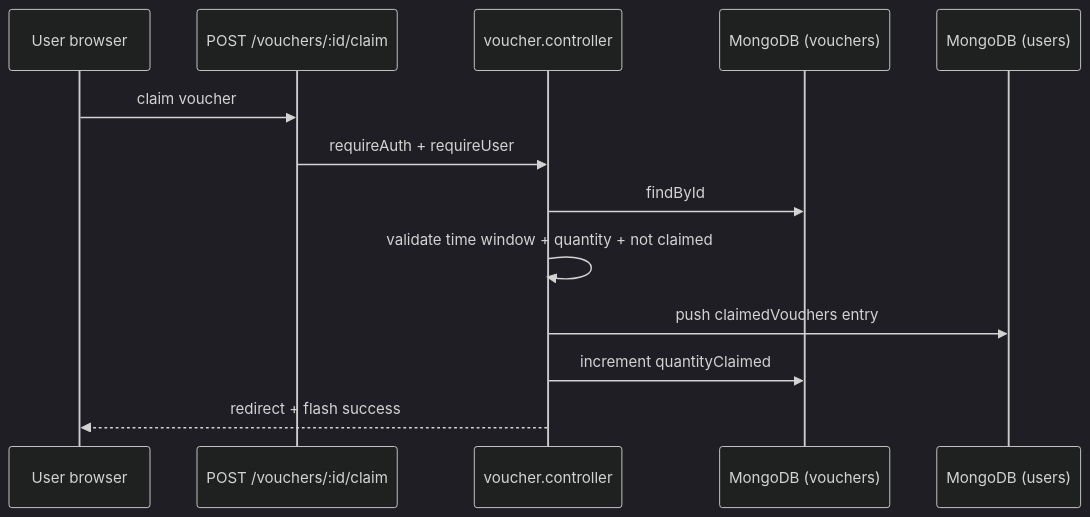
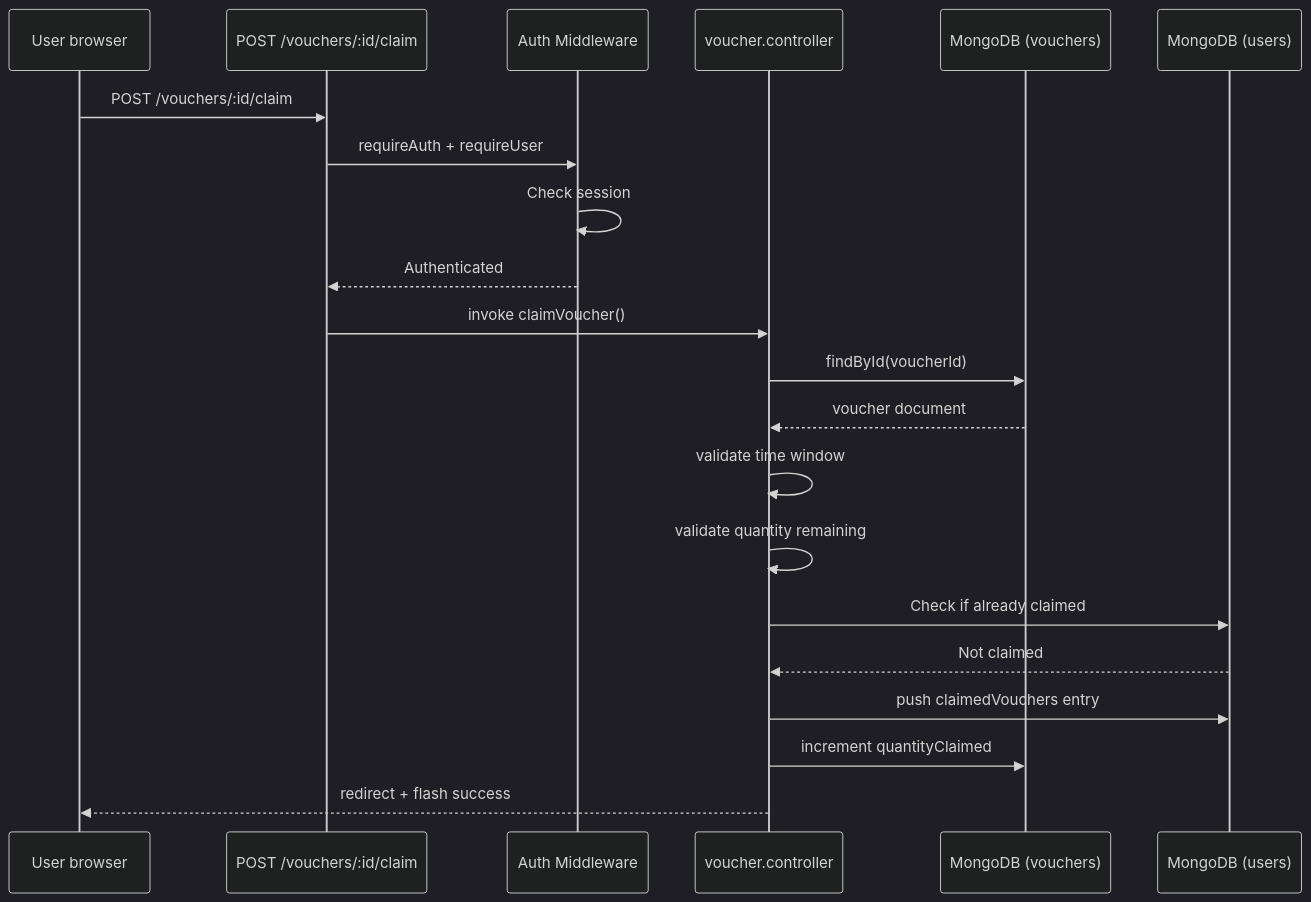
One commit to tamnguyen0K/voucher-management-system changed the ninth of 19 diagrams in docs/system-architecture.md. Above: the diagram before and after it, drawn with Mermaid (dark theme). The commit also changed other lines of this file and 13 other files, not shown here.

````diff
--- a/docs/system-architecture.md
+++ b/docs/system-architecture.md
@@ -245,15 +394,24 @@
 ```mermaid
 sequenceDiagram
     participant U as User browser
     participant VR as POST /vouchers/:id/claim
+    participant MW as Auth Middleware
     participant VC as voucher.controller
     participant VDB as MongoDB (vouchers)
     participant UDB as MongoDB (users)
-    U->>VR: claim voucher
-    VR->>VC: requireAuth + requireUser
-    VC->>VDB: findById
-    VC->>VC: validate time window + quantity + not claimed
+    
+    U->>VR: POST /vouchers/:id/claim
+    VR->>MW: requireAuth + requireUser
+    MW->>MW: Check session
+    MW-->>VR: Authenticated
+    VR->>VC: invoke claimVoucher()
+    VC->>VDB: findById(voucherId)
+    VDB-->>VC: voucher document
+    VC->>VC: validate time window
+    VC->>VC: validate quantity remaining
+    VC->>UDB: Check if already claimed
+    UDB-->>VC: Not claimed
     VC->>UDB: push claimedVouchers entry
     VC->>VDB: increment quantityClaimed
     VC-->>U: redirect + flash success
 ```
````
